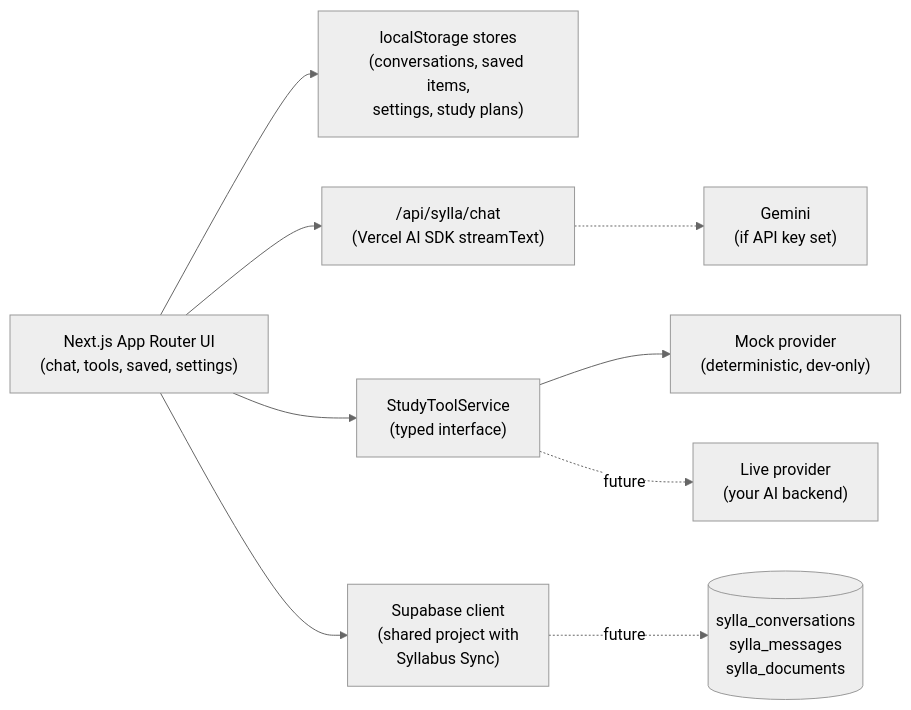
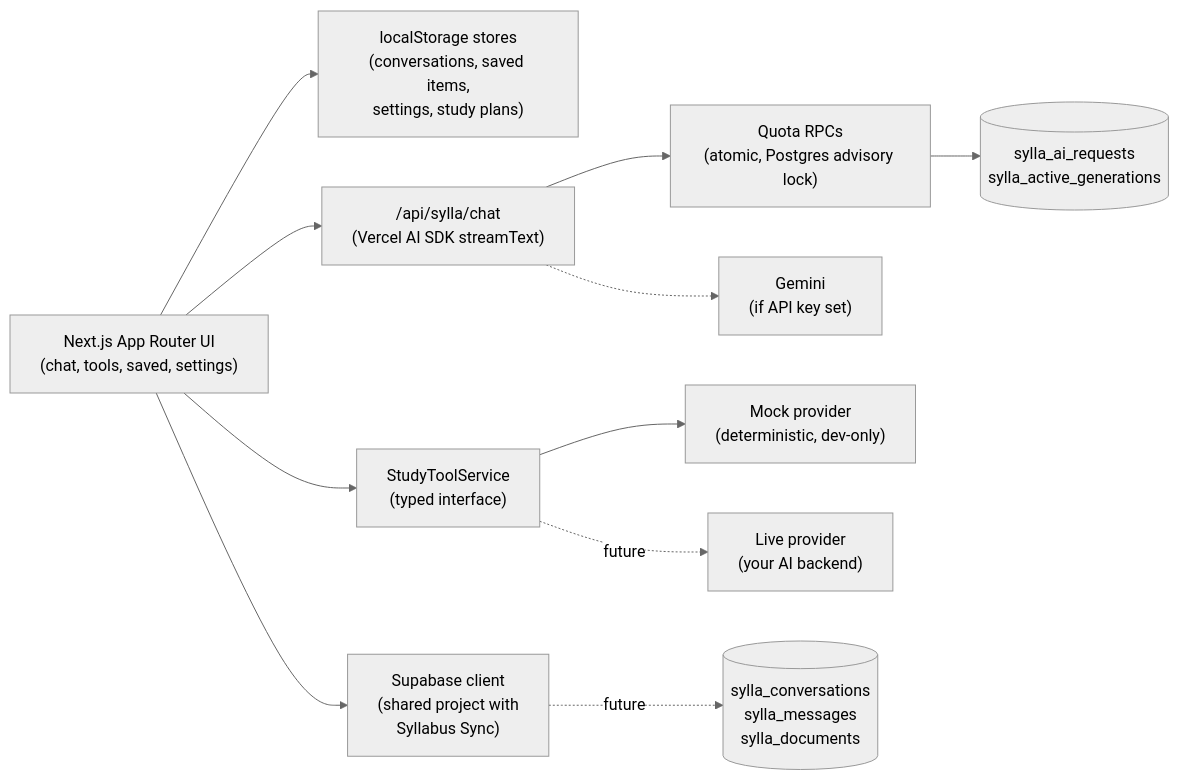
The diagram in README.md (leoalavi/Sylla), drawn with Mermaid (neutral theme) before and after one commit. The commit also changed other lines of this file and 24 other files, not shown here.

````diff
--- a/README.md
+++ b/README.md
@@ -56,11 +57,13 @@
 ```mermaid
 flowchart LR
     UI["Next.js App Router UI\n(chat, tools, saved, settings)"] --> Stores["localStorage stores\n(conversations, saved items,\nsettings, study plans)"]
     UI --> ChatAPI["/api/sylla/chat\n(Vercel AI SDK streamText)"]
+    ChatAPI --> Quota["Quota RPCs\n(atomic, Postgres advisory lock)"]
+    Quota --> QuotaDB[("sylla_ai_requests\nsylla_active_generations")]
     UI --> ToolSvc["StudyToolService\n(typed interface)"]
     ToolSvc --> Mock["Mock provider\n(deterministic, dev-only)"]
     ToolSvc -.future.-> Live["Live provider\n(your AI backend)"]
     ChatAPI -.-> Gemini["Gemini\n(if API key set)"]
     UI --> Supabase["Supabase client\n(shared project with\nSyllabus Sync)"]
     Supabase -.future.-> DB[("sylla_conversations\nsylla_messages\nsylla_documents")]
 ```
````
